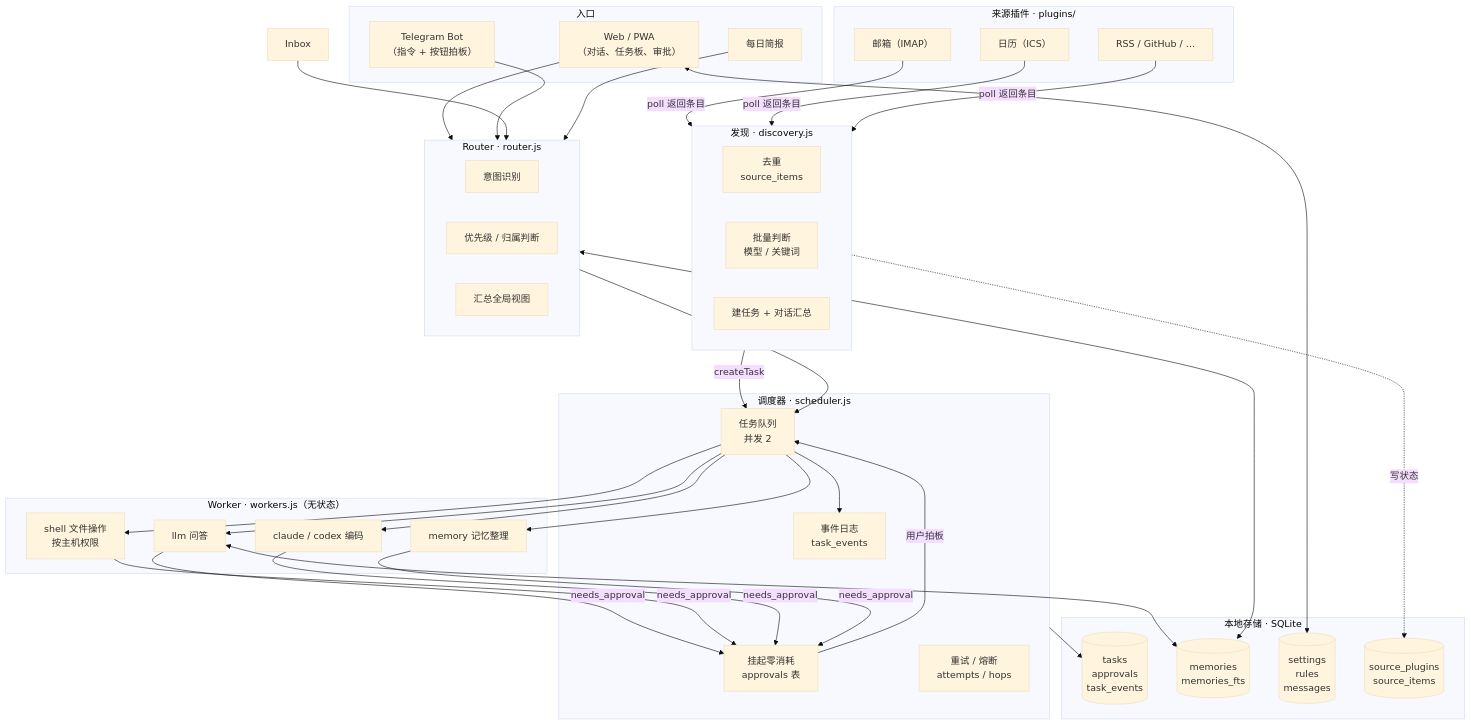
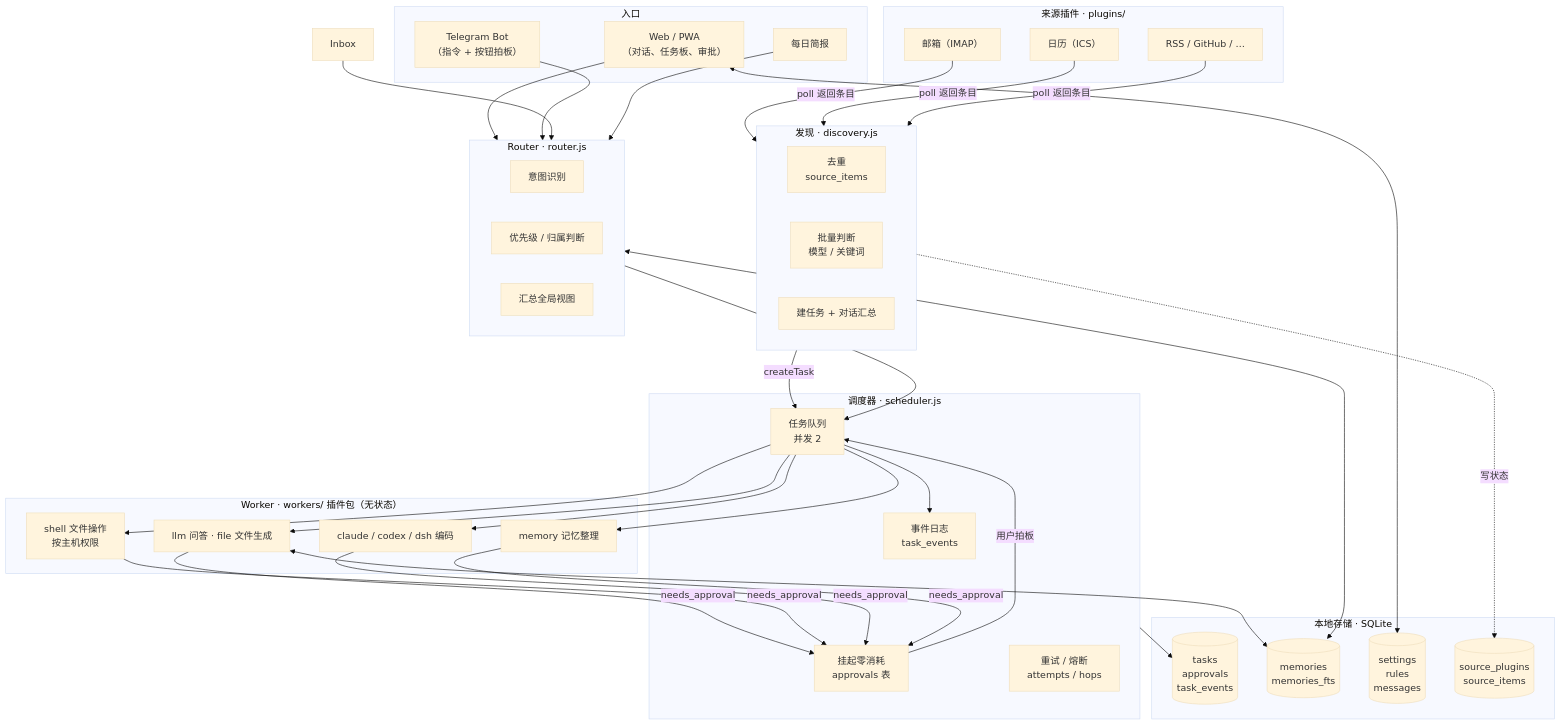
Before and after one commit to MrChenJingWei/jingjing: the diagram in docs/ARCHITECTURE.md, drawn with Mermaid (base theme). The commit also changed other lines of this file and 39 other files, not shown here.

````diff
--- a/docs/ARCHITECTURE.md
+++ b/docs/ARCHITECTURE.md
@@ -11,64 +11,64 @@
 ```mermaid
 flowchart TB
   subgraph Channels["入口"]
     Web["Web / PWA<br/>（对话、任务板、审批）"]
     TG["Telegram Bot<br/>（指令 + 按钮拍板）"]
     Rule["每日简报"]
   end
 
   subgraph Sources["来源插件 · plugins/"]
     Email["邮箱（IMAP）"]
     Cal["日历（ICS）"]
     More["RSS / GitHub / …"]
   end
 
   subgraph Discovery["发现 · discovery.js"]
     D1["去重<br/>source_items"]
     D2["批量判断<br/>模型 / 关键词"]
     D3["建任务 + 对话汇总"]
   end
 
   subgraph Router["Router · router.js"]
     R1["意图识别"]
     R2["优先级 / 归属判断"]
     R3["汇总全局视图"]
   end
 
   subgraph Scheduler["调度器 · scheduler.js"]
     Q["任务队列<br/>并发 2"]
     P["挂起零消耗<br/>approvals 表"]
     E["事件日志<br/>task_events"]
     H["重试 / 熔断<br/>attempts / hops"]
   end
 
-  subgraph Workers["Worker · workers.js（无状态）"]
-    W1["llm 问答"]
+  subgraph Workers["Worker · workers/ 插件包（无状态）"]
+    W1["llm 问答 · file 文件生成"]
     W2["shell 文件操作<br/>按主机权限"]
-    W3["claude / codex 编码"]
+    W3["claude / codex / dsh 编码"]
     W4["memory 记忆整理"]
   end
 
   subgraph Store["本地存储 · SQLite"]
     T[("tasks<br/>approvals<br/>task_events")]
     M[("memories<br/>memories_fts")]
     S[("settings<br/>rules<br/>messages")]
     P2[("source_plugins<br/>source_items")]
   end
 
   Web --> Router
   TG --> Router
   Inbox --> Router
   Rule --> Router
   Email & Cal & More -->|poll 返回条目| Discovery
   Discovery -->|createTask| Q
   Discovery -.->|写状态| P2
   Router --> Q
   Q --> W1 & W2 & W3 & W4
   W1 & W2 & W3 & W4 -- "needs_approval" --> P
   P -- "用户拍板" --> Q
   Q --> E
   Router <--> M
   W1 <--> M
   Scheduler --> T
   Web <--> S
 ```
````
